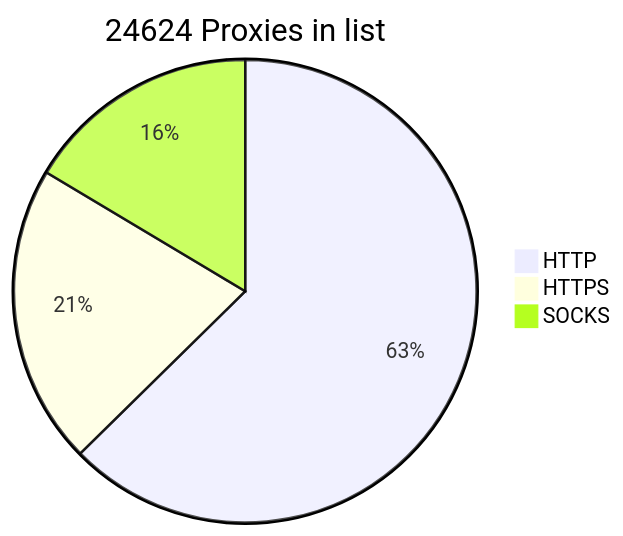
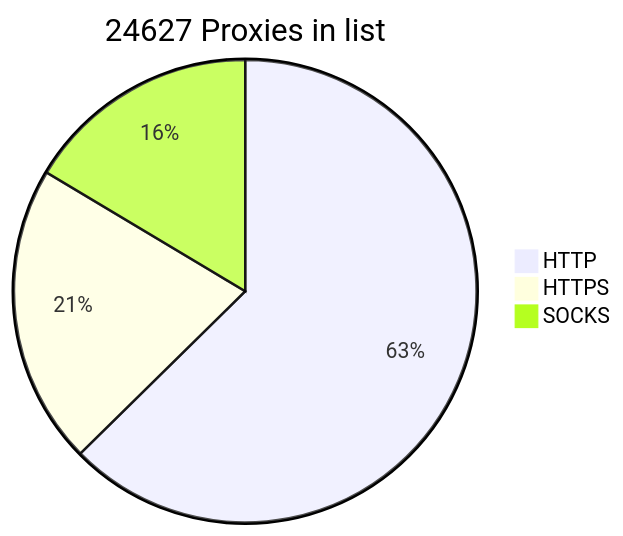
One commit to BlackSnowDot/proxylist-update-every-minute changed the diagram in README.md. Above: the diagram before and after it, drawn with Mermaid.

````diff
--- a/README.md
+++ b/README.md
@@ -2,6 +2,6 @@
 ```mermaid
-pie title 24624 Proxies in list
+pie title 24627 Proxies in list
     "HTTP" : 17822
-    "HTTPS": 5958
+    "HTTPS": 5962
     "SOCKS" : 4674
 ```
````
